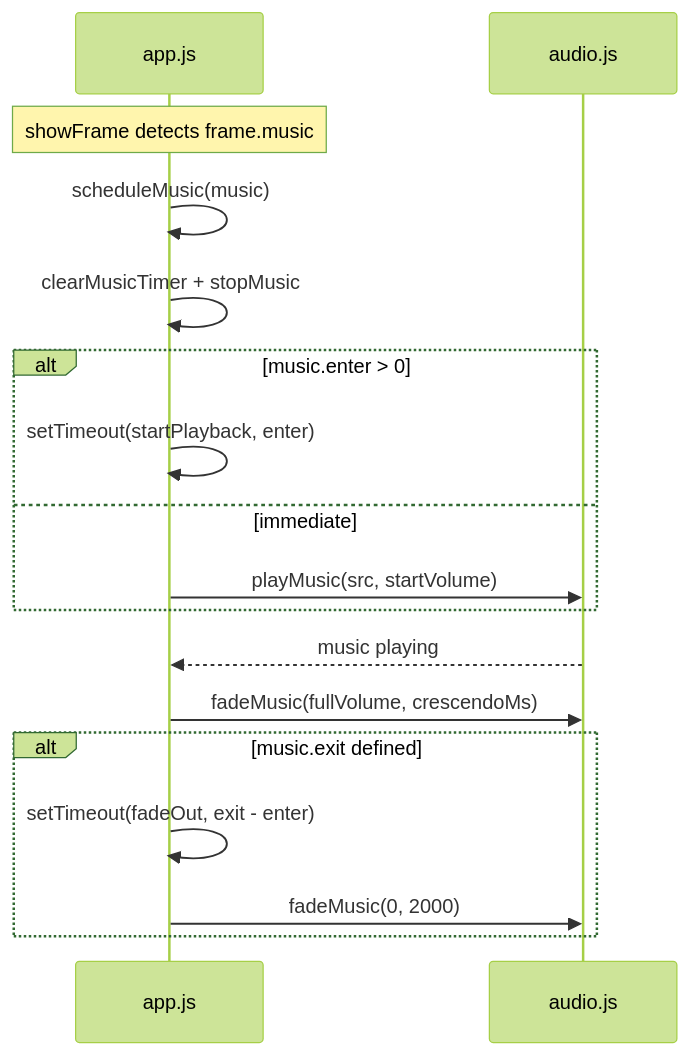
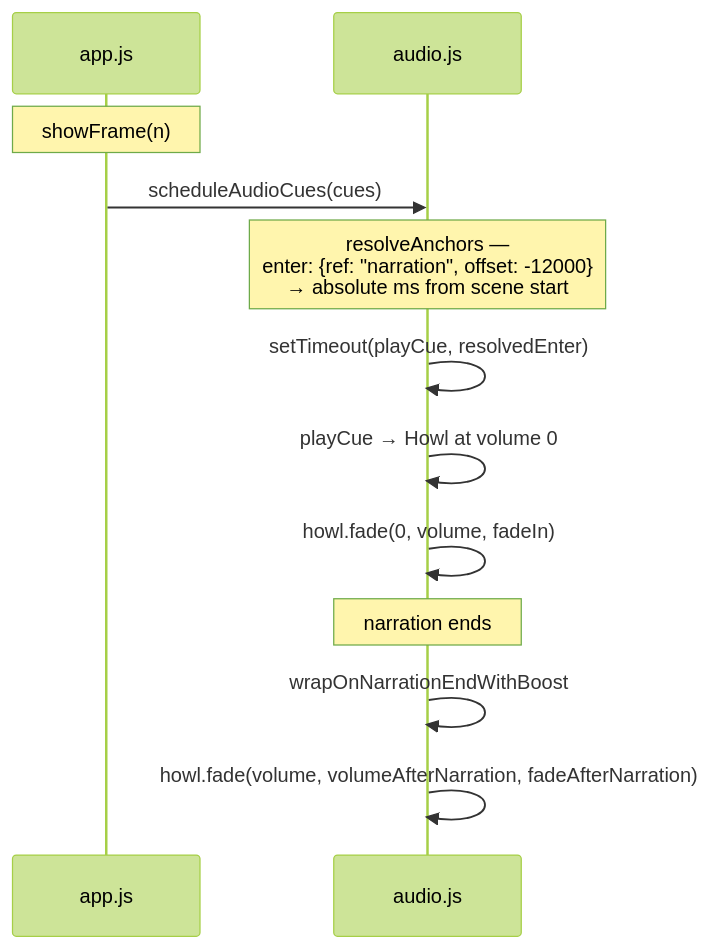
Before and after one commit to anchildress1/carbon-trace: the fourth of 4 diagrams in docs/audio-system.md, drawn with Mermaid (forest theme). The commit also changed other lines of this file and 4 other files, not shown here.

````diff
--- a/docs/audio-system.md
+++ b/docs/audio-system.md
@@ -115,23 +120,16 @@
 ```mermaid
 sequenceDiagram
     participant App as app.js
     participant Audio as audio.js
 
-    Note over App: showFrame detects frame.music
-    App->>App: scheduleMusic(music)
-    App->>App: clearMusicTimer + stopMusic
+    Note over App: showFrame(n)
+    App->>Audio: scheduleAudioCues(cues)
+    Note over Audio: resolveAnchors —<br/>enter: {ref: "narration", offset: -12000}<br/>→ absolute ms from scene start
+    Audio->>Audio: setTimeout(playCue, resolvedEnter)
+    Audio->>Audio: playCue → Howl at volume 0
+    Audio->>Audio: howl.fade(0, volume, fadeIn)
 
-    alt music.enter > 0
-        App->>App: setTimeout(startPlayback, enter)
-    else immediate
-        App->>Audio: playMusic(src, startVolume)
-    end
-
-    Audio-->>App: music playing
-    App->>Audio: fadeMusic(fullVolume, crescendoMs)
-
-    alt music.exit defined
-        App->>App: setTimeout(fadeOut, exit - enter)
-        App->>Audio: fadeMusic(0, 2000)
-    end
+    Note over Audio: narration ends
+    Audio->>Audio: wrapOnNarrationEndWithBoost
+    Audio->>Audio: howl.fade(volume, volumeAfterNarration, fadeAfterNarration)
 ```
````
